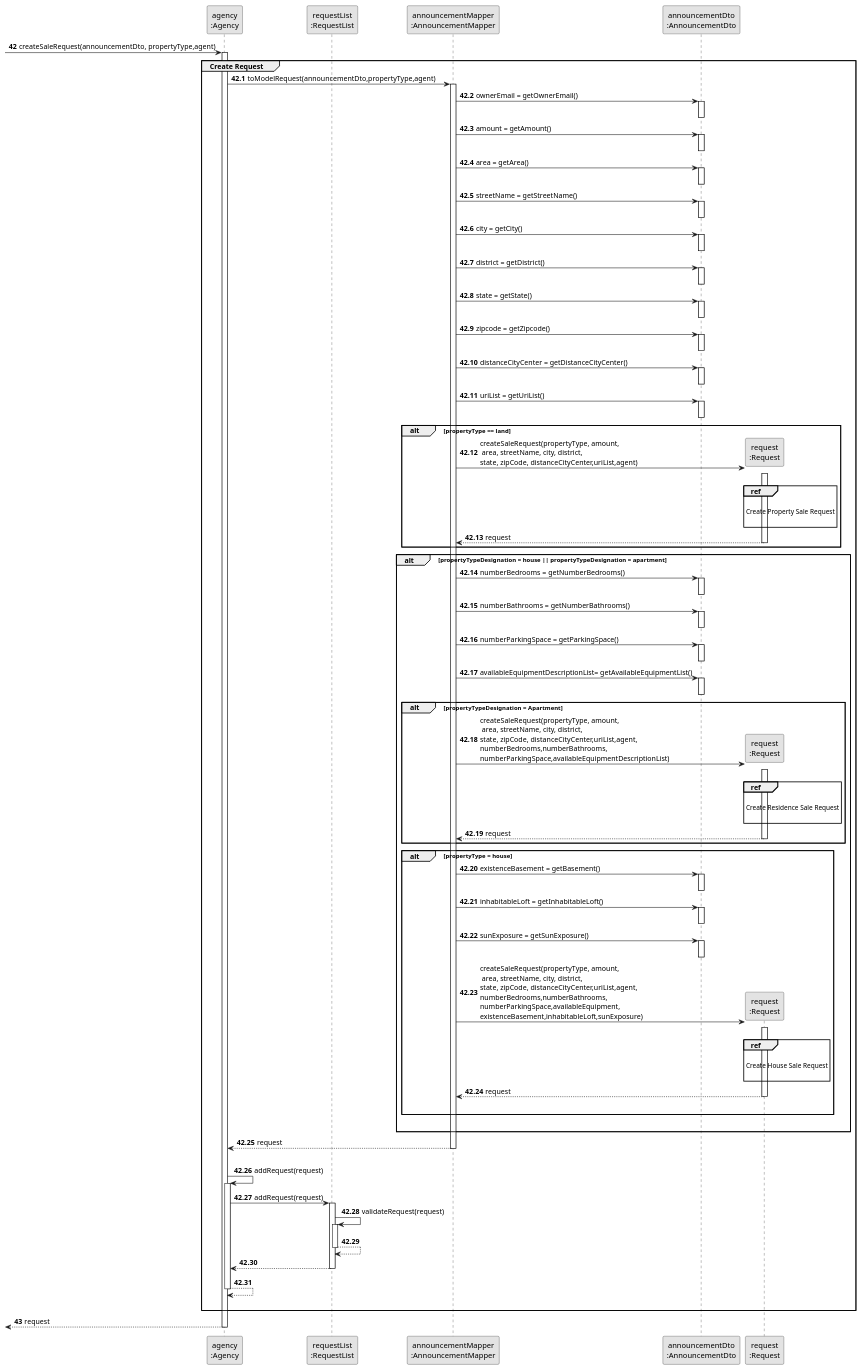
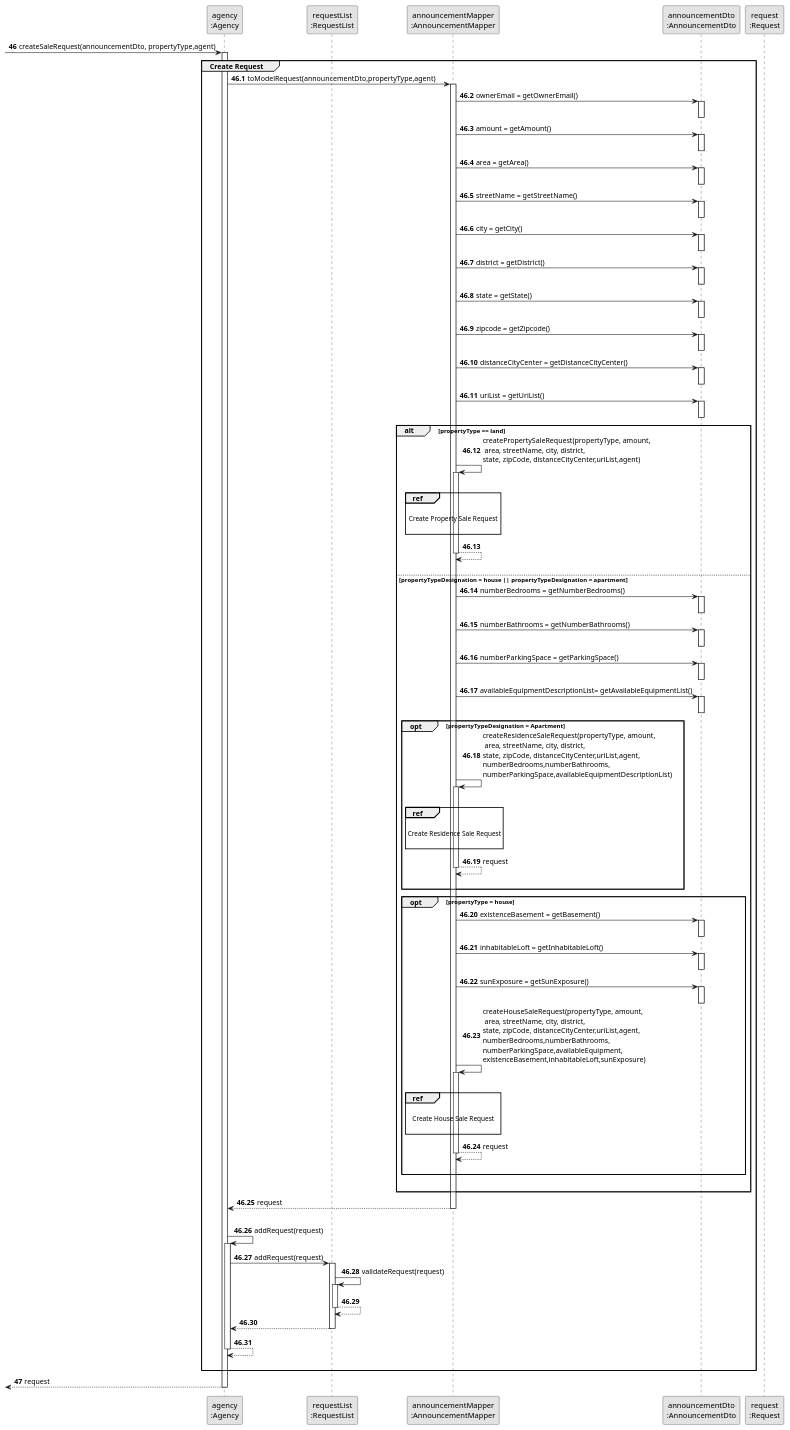
One commit to rita-barbosa/LAPR2-2223 changed the diagram in docs/sprintD/us002/03.design/puml/us002-sequence-diagram-partial-create-sale-request.puml. Above: the diagram before and after it, drawn with PlantUML. The commit also changed 19 other files, not shown here.

Commit message:
Update sequence diagrams [US002][Design][#05 Task]

```diff
--- a/docs/sprintD/us002/03.design/puml/us002-sequence-diagram-partial-create-sale-request.puml
+++ b/docs/sprintD/us002/03.design/puml/us002-sequence-diagram-partial-create-sale-request.puml
@@ -1,173 +1,174 @@
 @startuml
 skinparam monochrome true
 skinparam packageStyle rectangle
 skinparam shadowing false
 
 participant "agency\n:Agency" as AGENCY
 participant "requestList\n:RequestList" as REPLIST
 participant "announcementMapper\n:AnnouncementMapper" as MAPPER
 participant "announcementDto\n:AnnouncementDto" as DTO
 participant "request\n:Request" as REQUEST
 
 
 
-autonumber 42
+autonumber 46
 
         -> AGENCY: createSaleRequest(announcementDto, propertyType,agent)
          activate AGENCY
 
-autonumber 42.1
+autonumber 46.1
 
     group Create Request
 
         AGENCY -> MAPPER: toModelRequest(announcementDto,propertyType,agent)
         activate MAPPER
 
        MAPPER -> DTO : ownerEmail = getOwnerEmail()
       activate DTO
       deactivate DTO
 
         MAPPER -> DTO : amount = getAmount()
         activate DTO
         deactivate DTO
 
         MAPPER -> DTO : area = getArea()
         activate DTO
         deactivate DTO
 
         MAPPER -> DTO : streetName = getStreetName()
         activate DTO
         deactivate DTO
 
         MAPPER -> DTO : city = getCity()
         activate DTO
         deactivate DTO
 
         MAPPER -> DTO : district = getDistrict()
         activate DTO
         deactivate DTO
 
         MAPPER -> DTO : state = getState()
         activate DTO
         deactivate DTO
 
         MAPPER -> DTO : zipcode = getZipcode()
         activate DTO
         deactivate DTO
 
         MAPPER -> DTO : distanceCityCenter = getDistanceCityCenter()
         activate DTO
         deactivate DTO
 
         MAPPER -> DTO: uriList = getUriList()
         activate DTO
         deactivate DTO
         alt propertyType == land
 
-        MAPPER -> REQUEST **: createSaleRequest(propertyType, amount,\n area, streetName, city, district,\nstate, zipCode, distanceCityCenter,uriList,agent)
-        activate REQUEST
-            |||
-           ref over REQUEST
+        MAPPER -> MAPPER : createPropertySaleRequest(propertyType, amount,\n area, streetName, city, district,\nstate, zipCode, distanceCityCenter,uriList,agent)
+        activate MAPPER
+  |||
+           ref over MAPPER
 
                 Create Property Sale Request
 
            end ref
+        MAPPER --> MAPPER:
+        deactivate MAPPER
 
-        REQUEST --> MAPPER : request
-        deactivate REQUEST
-        end alt
-
-        alt propertyTypeDesignation = house || propertyTypeDesignation = apartment
+        |||
+        else propertyTypeDesignation = house || propertyTypeDesignation = apartment
 
             MAPPER -> DTO : numberBedrooms = getNumberBedrooms()
             activate DTO
             deactivate DTO
 
             MAPPER -> DTO : numberBathrooms = getNumberBathrooms()
             activate DTO
             deactivate DTO
 
             MAPPER -> DTO : numberParkingSpace = getParkingSpace()
             activate DTO
             deactivate DTO
 
             MAPPER -> DTO : availableEquipmentDescriptionList= getAvailableEquipmentList()
             activate DTO
             deactivate DTO
 
 
-                alt propertyTypeDesignation = Apartment
-            MAPPER -> REQUEST **: createSaleRequest(propertyType, amount,\n area, streetName, city, district,\nstate, zipCode, distanceCityCenter,uriList,agent,\nnumberBedrooms,numberBathrooms,\nnumberParkingSpace,availableEquipmentDescriptionList)
-            activate REQUEST
+            opt propertyTypeDesignation = Apartment
+            MAPPER -> MAPPER: createResidenceSaleRequest(propertyType, amount,\n area, streetName, city, district,\nstate, zipCode, distanceCityCenter,uriList,agent,\nnumberBedrooms,numberBathrooms,\nnumberParkingSpace,availableEquipmentDescriptionList)
+            activate MAPPER
 
                   |||
-                  ref over REQUEST
+                  ref over MAPPER
 
                        Create Residence Sale Request
 
                   end ref
 
 
-            REQUEST --> MAPPER : request
-            deactivate REQUEST
-        end alt
+            MAPPER --> MAPPER : request
+            deactivate MAPPER
+            |||
+        end opt
 
-        alt propertyType = house
+        opt propertyType = house
 
             MAPPER -> DTO : existenceBasement = getBasement()
             activate DTO
             deactivate DTO
 
             MAPPER -> DTO : inhabitableLoft = getInhabitableLoft()
             activate DTO
             deactivate DTO
 
             MAPPER -> DTO : sunExposure = getSunExposure()
             activate DTO
             deactivate DTO
 
-             MAPPER -> REQUEST **: createSaleRequest(propertyType, amount,\n area, streetName, city, district,\nstate, zipCode, distanceCityCenter,uriList,agent,\nnumberBedrooms,numberBathrooms,\nnumberParkingSpace,availableEquipment,\nexistenceBasement,inhabitableLoft,sunExposure)
-             activate REQUEST
+            MAPPER -> MAPPER : createHouseSaleRequest(propertyType, amount,\n area, streetName, city, district,\nstate, zipCode, distanceCityCenter,uriList,agent,\nnumberBedrooms,numberBathrooms,\nnumberParkingSpace,availableEquipment,\nexistenceBasement,inhabitableLoft,sunExposure)
+            activate MAPPER
+              |||
+              ref over MAPPER
 
-                  |||
-                  ref over REQUEST
+                   Create House Sale Request
 
-                       Create House Sale Request
+              end ref
 
-                  end ref
+            MAPPER --> MAPPER : request
+            deactivate MAPPER
 
-            REQUEST --> MAPPER : request
-            deactivate REQUEST
+
              |||
-             end alt
+             end opt
 
             |||
              end alt
             MAPPER --> AGENCY: request
             deactivate MAPPER
             |||
             AGENCY -> AGENCY: addRequest(request)
             activate AGENCY
 
             AGENCY -> REPLIST : addRequest(request)
             activate REPLIST
 
                 REPLIST -> REPLIST: validateRequest(request)
                 activate REPLIST
                 REPLIST --> REPLIST
                 deactivate REPLIST
 
             REPLIST --> AGENCY
             deactivate REPLIST
 
             AGENCY --> AGENCY
             deactivate AGENCY
     |||
     end
 
-autonumber 43
+autonumber 47
         <-- AGENCY: request
         deactivate AGENCY
 
 
 @enduml
```
